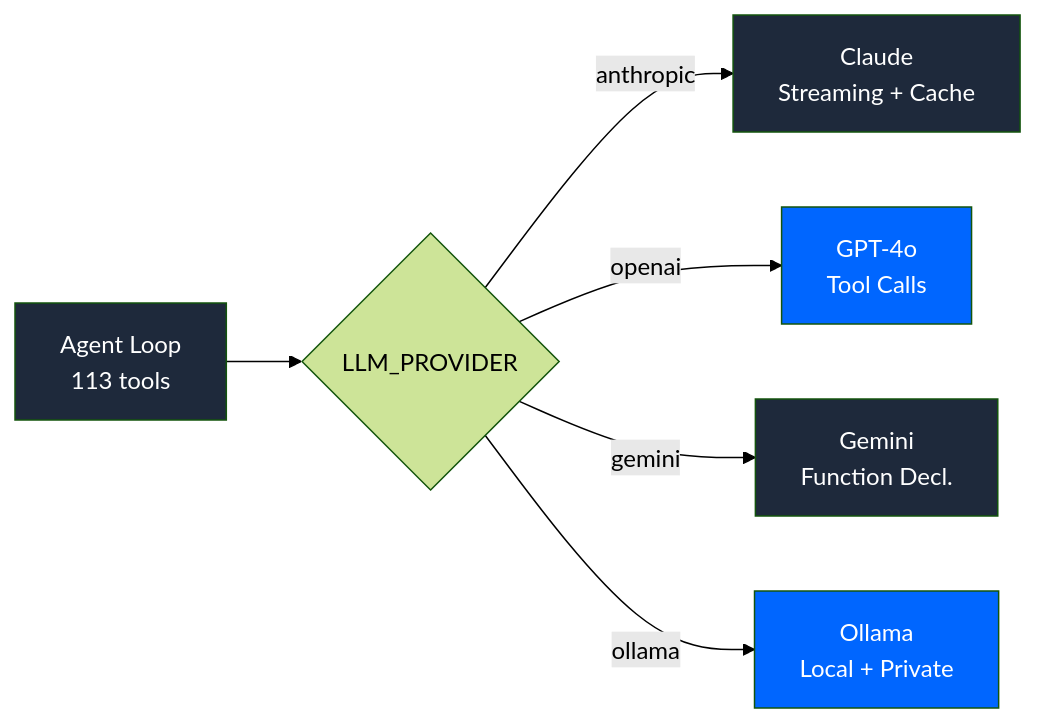
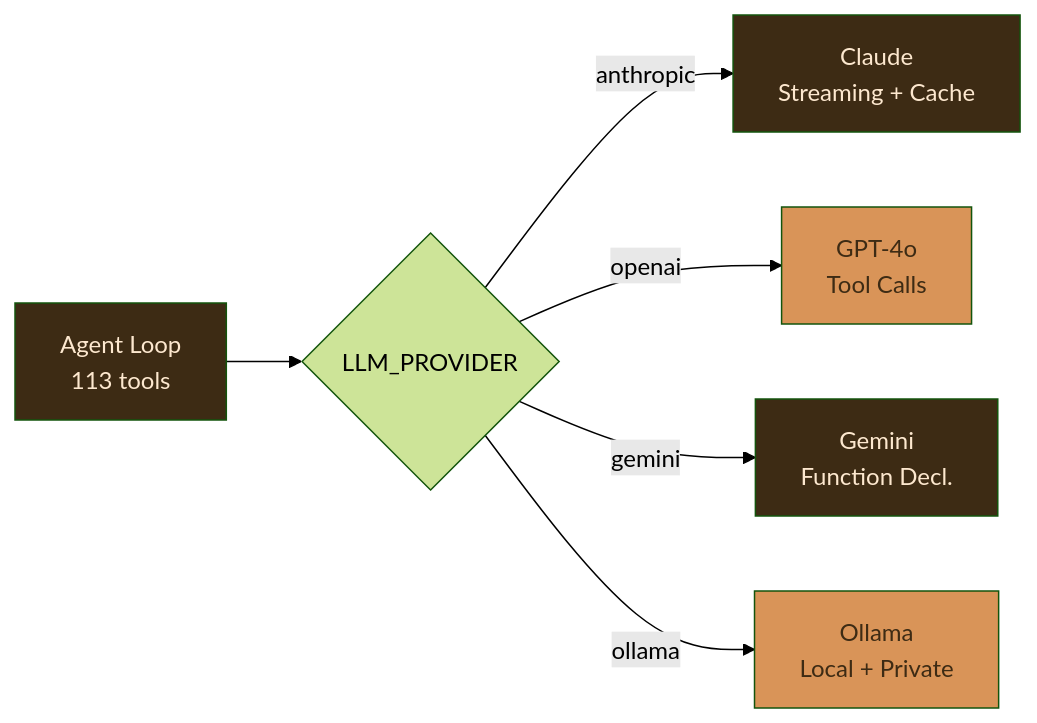
The fourth of 25 diagrams in README.md (JosephOIbrahim/Comfy-Cozy), drawn with Mermaid (forest theme) before and after one commit. The commit also changed other lines of this file, not shown here.

First line of the commit message:
[DOCS] Unify mermaid palette across 25 diagrams (warm amber/brown)

````diff
--- a/README.md
+++ b/README.md
@@ -299,14 +299,14 @@
 ```mermaid
 graph LR
     Agent[Agent Loop<br/>113 tools] --> LLM{LLM_PROVIDER}
     LLM -->|anthropic| A["Claude<br/>Streaming + Cache"]
     LLM -->|openai| B["GPT-4o<br/>Tool Calls"]
     LLM -->|gemini| C["Gemini<br/>Function Decl."]
     LLM -->|ollama| D["Ollama<br/>Local + Private"]
 
-    style Agent fill:#1e293b,color:#fff
-    style A fill:#1e293b,color:#fff
-    style B fill:#0066FF,color:#fff
-    style C fill:#1e293b,color:#fff
-    style D fill:#0066FF,color:#fff
+    style Agent fill:#3d2b14,color:#fde8cf
+    style A fill:#3d2b14,color:#fde8cf
+    style B fill:#d99458,color:#3d2b14
+    style C fill:#3d2b14,color:#fde8cf
+    style D fill:#d99458,color:#3d2b14
 ```
````
